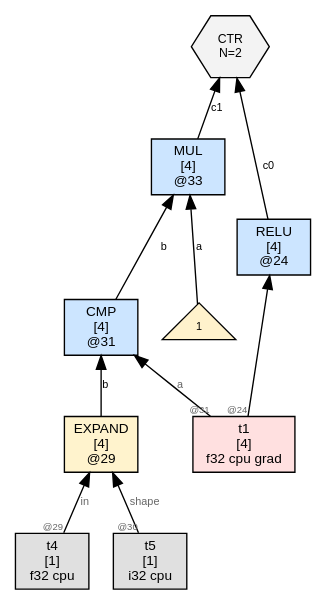
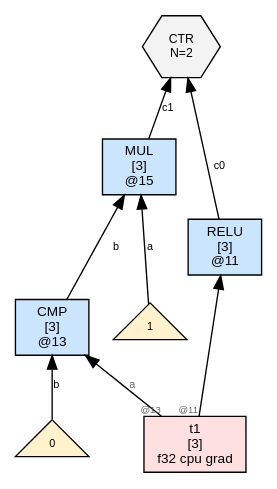
Before and after one commit to sw1sh/TinyHVM: the diagram in wl/examples/thvm_graphs/grad_rules/relu/thvm_2_post_sweep.dot, drawn with Graphviz. The commit also changed 210 other files, not shown here.

First line of the commit message:
grad: migrate test_grad_rules to thvm_grad_pair + CTR{fwd, bwd}

```diff
--- a/wl/examples/thvm_graphs/grad_rules/relu/thvm_2_post_sweep.dot
+++ b/wl/examples/thvm_graphs/grad_rules/relu/thvm_2_post_sweep.dot
@@ -1,24 +1,20 @@
 digraph G {
   rankdir=BT;
   node [fontname="Helvetica", fontsize=10, style=filled, shape=box, margin="0.1,0.05"];
   edge [fontsize=8, fontname="Helvetica"];
 
-  n24 [label="RELU\n[4]\n@24", shape=box, fillcolor="#cce5ff"];
-  t1 [label="t1\n[4]\nf32 cpu grad",shape=box,fillcolor="#ffe0e0"];
-  t1 -> n24 [label="",taillabel="@24",labelfontsize=7,fontcolor="#666666"];
-  n33 [label="MUL\n[4]\n@33", shape=box, fillcolor="#cce5ff"];
-  num33_0 [label="1",shape=triangle,fillcolor="#fff2cc",fontsize=8];
-  num33_0 -> n33 [label="a"];
-  n31 -> n33 [label="b"];
-  ctr22 [label="CTR\nN=2", shape=hexagon, fillcolor="#f3f3f3", fontsize=9];
-  n24 -> ctr22 [label="c0"];
-  n33 -> ctr22 [label="c1"];
-  n29 [label="EXPAND\n[4]\n@29", shape=box, fillcolor="#fff3cd"];
-  t4 [label="t4\n[1]\nf32 cpu",shape=box,fillcolor="#e0e0e0"];
-  t4 -> n29 [label="in",taillabel="@29",labelfontsize=7,fontcolor="#666666"];
-  t5 [label="t5\n[1]\ni32 cpu",shape=box,fillcolor="#e0e0e0"];
-  t5 -> n29 [label="shape",taillabel="@30",labelfontsize=7,fontcolor="#666666"];
-  n31 [label="CMP\n[4]\n@31", shape=box, fillcolor="#cce5ff"];
-  t1 -> n31 [label="a",taillabel="@31",labelfontsize=7,fontcolor="#666666"];
-  n29 -> n31 [label="b"];
+  n11 [label="RELU\n[3]\n@11", shape=box, fillcolor="#cce5ff"];
+  t1 [label="t1\n[3]\nf32 cpu grad",shape=box,fillcolor="#ffe0e0"];
+  t1 -> n11 [label="",taillabel="@11",labelfontsize=7,fontcolor="#666666"];
+  n15 [label="MUL\n[3]\n@15", shape=box, fillcolor="#cce5ff"];
+  num15_0 [label="1",shape=triangle,fillcolor="#fff2cc",fontsize=8];
+  num15_0 -> n15 [label="a"];
+  n13 -> n15 [label="b"];
+  ctr6 [label="CTR\nN=2", shape=hexagon, fillcolor="#f3f3f3", fontsize=9];
+  n11 -> ctr6 [label="c0"];
+  n15 -> ctr6 [label="c1"];
+  n13 [label="CMP\n[3]\n@13", shape=box, fillcolor="#cce5ff"];
+  t1 -> n13 [label="a",taillabel="@13",labelfontsize=7,fontcolor="#666666"];
+  num13_1 [label="0",shape=triangle,fillcolor="#fff2cc",fontsize=8];
+  num13_1 -> n13 [label="b"];
 }
```
